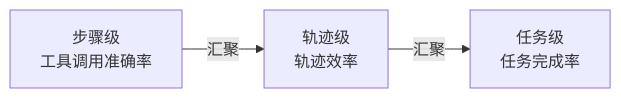
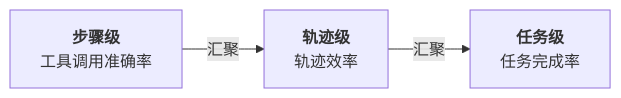
The diagram in 13_evaluation/13.1_methodology.md (yeasy/harness_engineering_guide), drawn with Mermaid before and after one commit. The commit also changed other lines of this file and 15 other files, not shown here.

````diff
--- a/13_evaluation/13.1_methodology.md
+++ b/13_evaluation/13.1_methodology.md
@@ -17,5 +17,5 @@
 ```mermaid
 graph LR
-    A["步骤级<br/>工具调用准确率"] -->|汇聚| B["轨迹级<br/>轨迹效率"]
-    B -->|汇聚| C["任务级<br/>任务完成率"]
+    A["<b>步骤级</b><br/>工具调用准确率"] -->|汇聚| B["<b>轨迹级</b><br/>轨迹效率"]
+    B -->|汇聚| C["<b>任务级</b><br/>任务完成率"]
 ```
````
